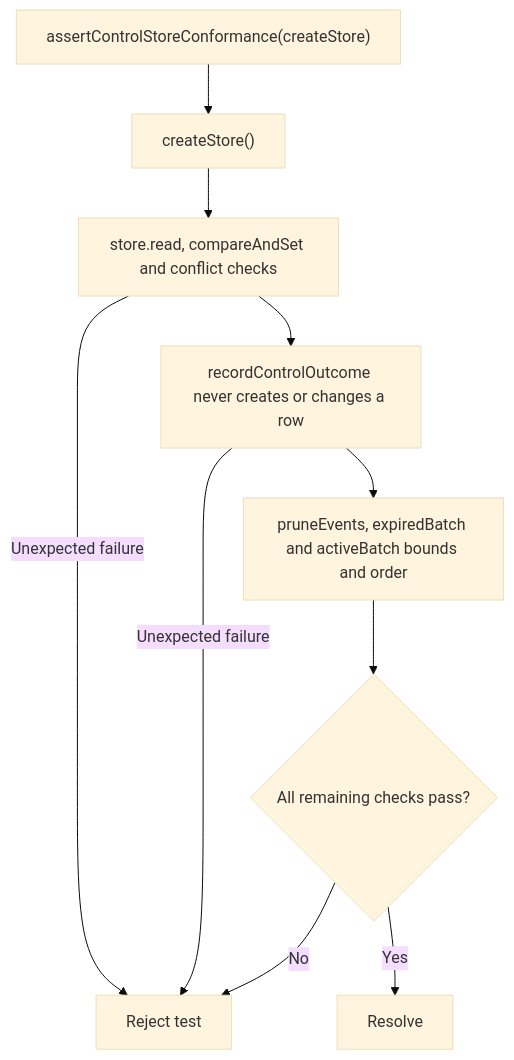
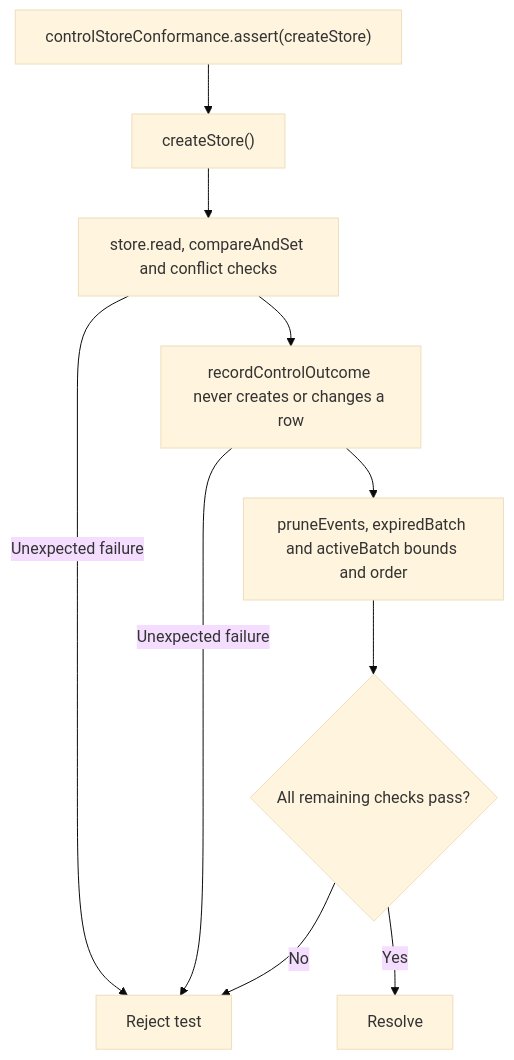
Before and after one commit to Kevinjohn/oss-adonisjs-masquerade: the second of 2 diagrams in user-stories/testing/us-testing-02-verify-control-store.md, drawn with Mermaid (base theme). The commit also changed other lines of this file and 293 other files, not shown here.

````diff
--- a/user-stories/testing/us-testing-02-verify-control-store.md
+++ b/user-stories/testing/us-testing-02-verify-control-store.md
@@ -33,12 +33,12 @@
 ```mermaid
 flowchart TD
-    A["assertControlStoreConformance(createStore)"] --> B["createStore()"]
+    A["controlStoreConformance.assert(createStore)"] --> B["createStore()"]
     B --> C["store.read, compareAndSet and conflict checks"]
     C --> D["recordControlOutcome never creates or changes a row"]
     D --> E["pruneEvents, expiredBatch and activeBatch bounds and order"]
     E --> F{"All remaining checks pass?"}
     C -->|Unexpected failure| G["Reject test"]
     D -->|Unexpected failure| G
     F -->|No| G
     F -->|Yes| H["Resolve"]
 ```
````
